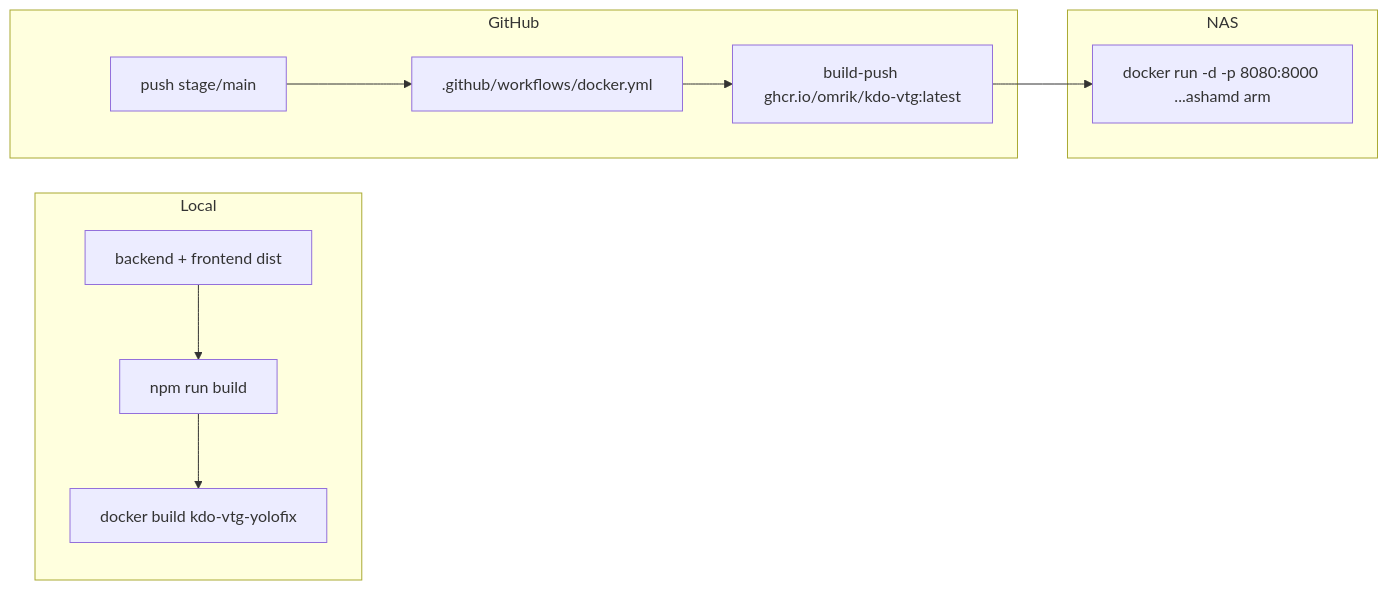
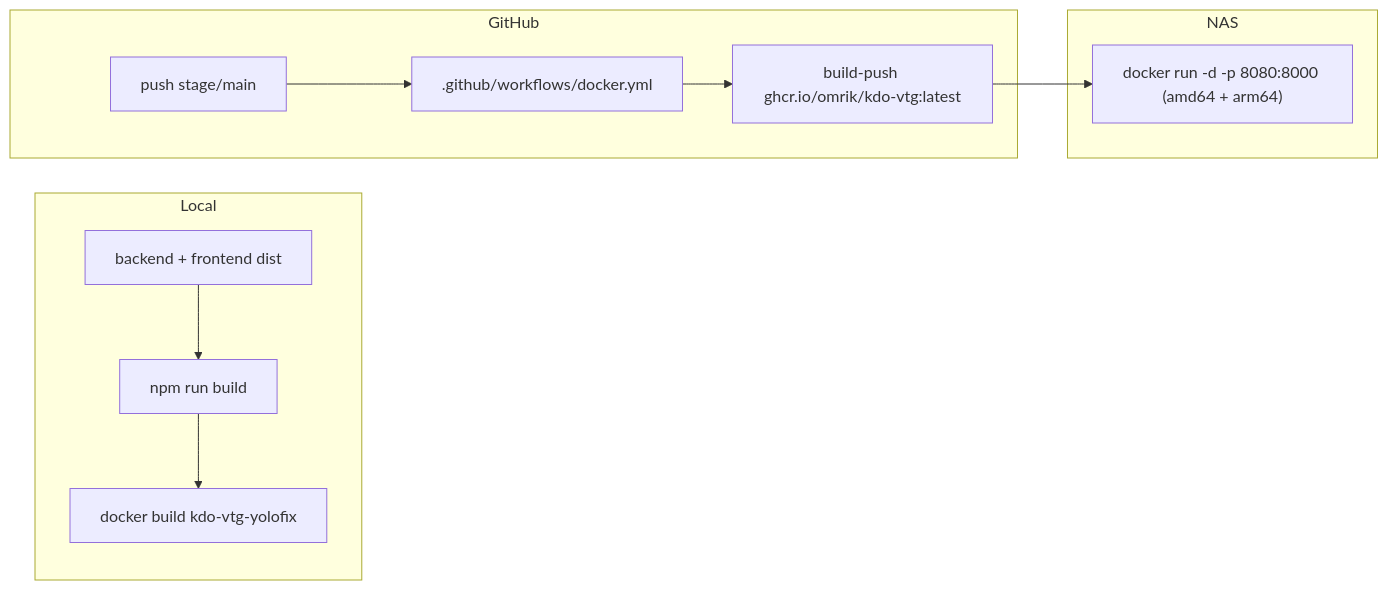
Before and after one commit to omrik/kdo-vtg: the fourth of 4 diagrams in docs/ARCHITECTURE.md, drawn with Mermaid. The commit also changed other lines of this file and 1 other file, not shown here.

Commit message:
docs: fix mermaid parse error in chapter-planner diagram (quote {id} label); tidy NAS-diagram label

````diff
--- a/docs/ARCHITECTURE.md
+++ b/docs/ARCHITECTURE.md
@@ -255,19 +255,19 @@
 ```mermaid
 flowchart LR
     subgraph Local
         L[backend + frontend dist]
         B[npm run build]
         D[docker build kdo-vtg-yolofix]
     end
     subgraph GitHub
         P[push stage/main]
         W[.github/workflows/docker.yml]
         I[build-push ghcr.io/omrik/kdo-vtg:latest]
     end
     subgraph NAS
-        C[docker run -d -p 8080:8000 ...ashamd arm]
+        C["docker run -d -p 8080:8000 (amd64 + arm64)"]
     end
     L --> B --> D
     P --> W --> I
     I --> C
 ```
````
